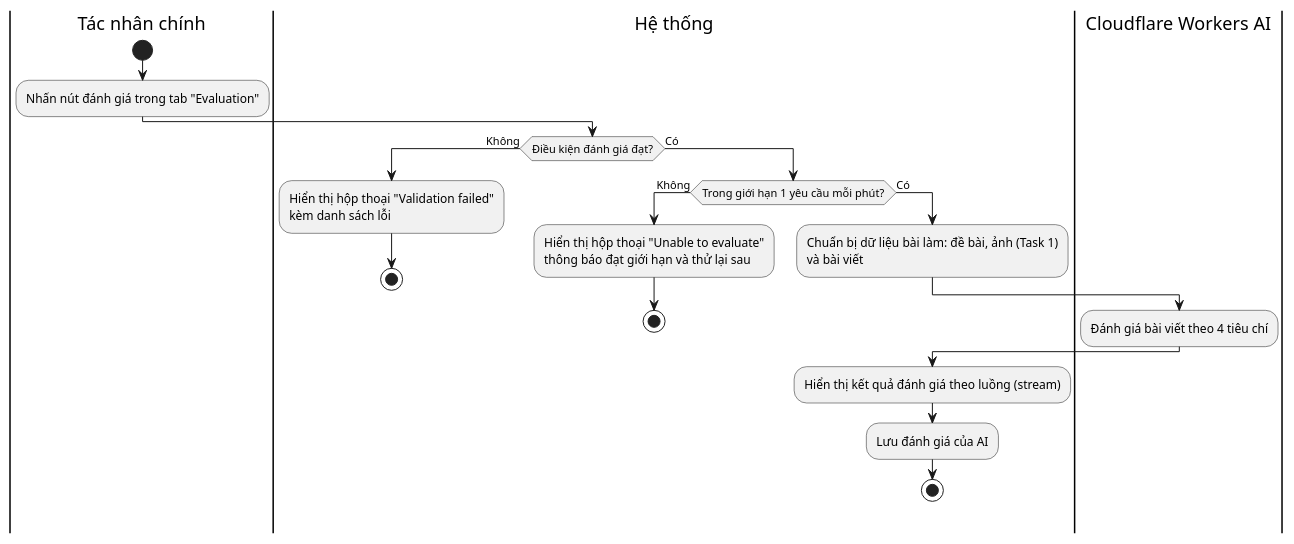
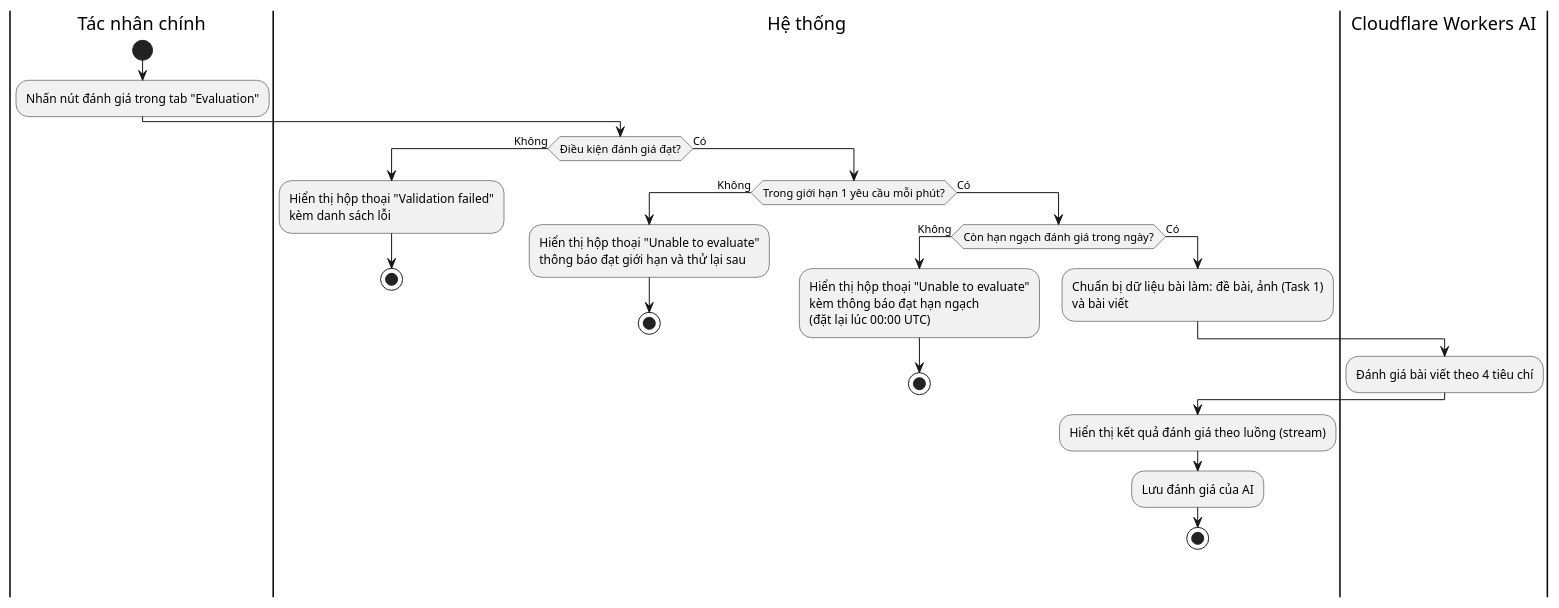
The diagram in docs/danh-gia-bai-viet-bang-ai.act.puml (ielts-writing-org/ielts-fullstack), drawn with PlantUML before and after one commit. The commit also changed 4 other files, not shown here.

First line of the commit message:
docs: update diagrams to reflect domain logic and quota constraints

```diff
--- a/docs/danh-gia-bai-viet-bang-ai.act.puml
+++ b/docs/danh-gia-bai-viet-bang-ai.act.puml
@@ -1,30 +1,35 @@
 @startuml Đánh giá bài viết bằng AI ACT
 
 skinparam DefaultFontName Segoe UI
 
 |Tác nhân chính|
 start
 :Nhấn nút đánh giá trong tab "Evaluation";
 
 |Hệ thống|
 if (Điều kiện đánh giá đạt?) then (Không)
 	:Hiển thị hộp thoại "Validation failed"\nkèm danh sách lỗi;
 	stop
 else (Có)
 	if (Trong giới hạn 1 yêu cầu mỗi phút?) then (Không)
 		:Hiển thị hộp thoại "Unable to evaluate"\nthông báo đạt giới hạn và thử lại sau;
 		stop
 	else (Có)
-		:Chuẩn bị dữ liệu bài làm: đề bài, ảnh (Task 1)\nvà bài viết;
+		if (Còn hạn ngạch đánh giá trong ngày?) then (Không)
+			:Hiển thị hộp thoại "Unable to evaluate"\nkèm thông báo đạt hạn ngạch\n(đặt lại lúc 00:00 UTC);
+			stop
+		else (Có)
+			:Chuẩn bị dữ liệu bài làm: đề bài, ảnh (Task 1)\nvà bài viết;
 
-		|Cloudflare Workers AI|
-		:Đánh giá bài viết theo 4 tiêu chí;
+			|Cloudflare Workers AI|
+			:Đánh giá bài viết theo 4 tiêu chí;
 
-		|Hệ thống|
-		:Hiển thị kết quả đánh giá theo luồng (stream);
-		:Lưu đánh giá của AI;
-		stop
+			|Hệ thống|
+			:Hiển thị kết quả đánh giá theo luồng (stream);
+			:Lưu đánh giá của AI;
+			stop
+		endif
 	endif
 endif
 
 @enduml
```
